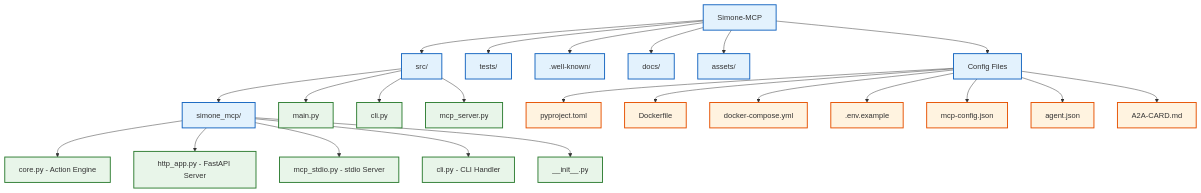
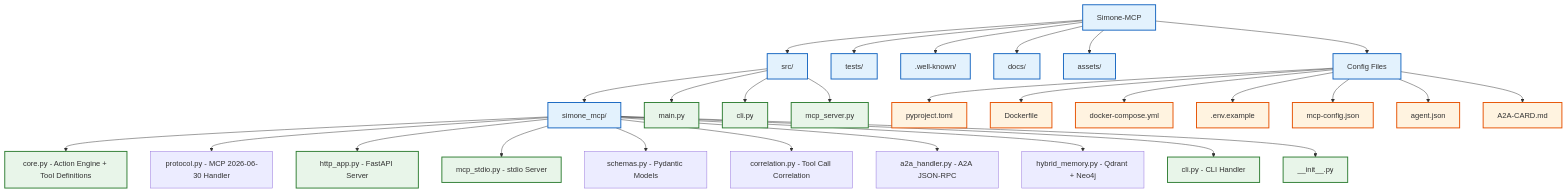
One commit to OpenSIN-Code/SIN-Code changed diagram 13 of 15 in legacy/simone-mcp/docs/architecture.md. Above: the diagram before and after it, drawn with Mermaid. The commit also changed other lines of this file and 19 other files, not shown here.

````diff
--- a/legacy/simone-mcp/docs/architecture.md
+++ b/legacy/simone-mcp/docs/architecture.md
@@ -474,36 +474,41 @@
 ```mermaid
 flowchart TD
     ROOT["Simone-MCP"] --> SRC["src/"]
     ROOT --> TEST["tests/"]
     ROOT --> WELLDIR[".well-known/"]
     ROOT --> DOCSDIR["docs/"]
     ROOT --> ASSETSDIR["assets/"]
     ROOT --> CONF["Config Files"]
 
     SRC --> SIMONE_MCP["simone_mcp/"]
     SRC --> MAIN["main.py"]
     SRC --> CLIMAIN["cli.py"]
     SRC --> MCPSRV["mcp_server.py"]
 
-    SIMONE_MCP --> COREFILE["core.py - Action Engine"]
+    SIMONE_MCP --> COREFILE["core.py - Action Engine + Tool Definitions"]
+    SIMONE_MCP --> PROTOFILE["protocol.py - MCP 2026-06-30 Handler"]
     SIMONE_MCP --> HTTPFILE["http_app.py - FastAPI Server"]
     SIMONE_MCP --> STDIOFILE["mcp_stdio.py - stdio Server"]
+    SIMONE_MCP --> SCHEMAFILE["schemas.py - Pydantic Models"]
+    SIMONE_MCP --> CORRFILE["correlation.py - Tool Call Correlation"]
+    SIMONE_MCP --> A2AFILE["a2a_handler.py - A2A JSON-RPC"]
+    SIMONE_MCP --> MEMORYFILE["hybrid_memory.py - Qdrant + Neo4j"]
     SIMONE_MCP --> CLIFILE["cli.py - CLI Handler"]
     SIMONE_MCP --> INITFILE["__init__.py"]
 
     CONF --> PYPROJECT["pyproject.toml"]
     CONF --> DOCKERFILE["Dockerfile"]
     CONF --> COMPOSE["docker-compose.yml"]
     CONF --> ENVFILE[".env.example"]
     CONF --> MCPCFG["mcp-config.json"]
     CONF --> AGENTFILE["agent.json"]
     CONF --> CARDFILE["A2A-CARD.md"]
 
     classDef dirClass fill:#e3f2fd,stroke:#1565c0,stroke-width:2px
     classDef pyClass fill:#e8f5e9,stroke:#2e7d32,stroke-width:2px
     classDef cfgClass fill:#fff3e0,stroke:#e65100,stroke-width:2px
 
     class ROOT,SRC,TEST,WELLDIR,DOCSDIR,ASSETSDIR,CONF,SIMONE_MCP dirClass
     class COREFILE,HTTPFILE,STDIOFILE,CLIFILE,INITFILE,MAIN,CLIMAIN,MCPSRV pyClass
     class PYPROJECT,DOCKERFILE,COMPOSE,ENVFILE,MCPCFG,AGENTFILE,CARDFILE cfgClass
 ```
````
